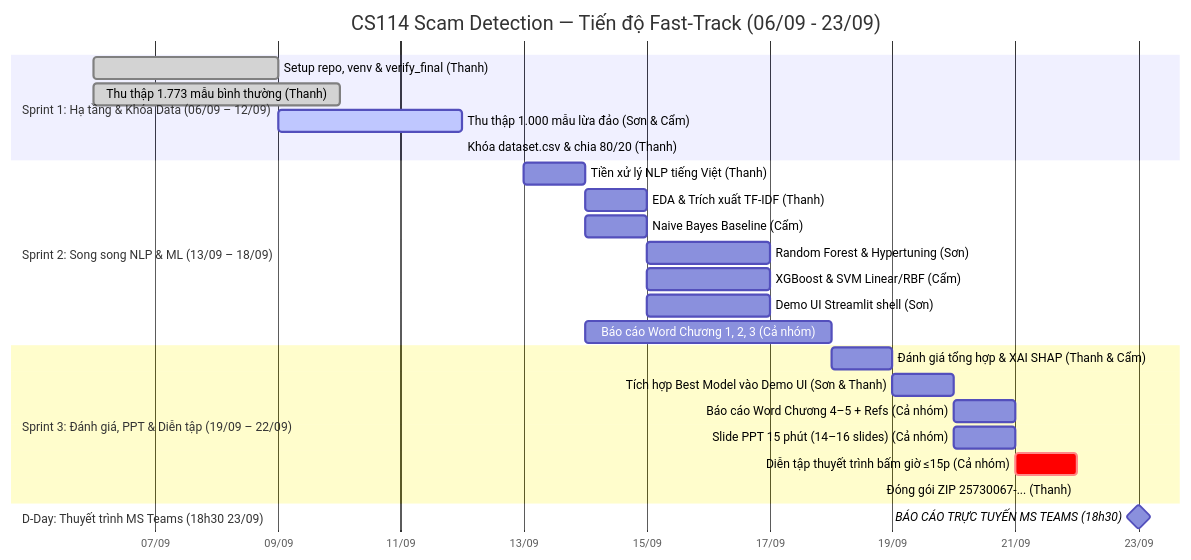
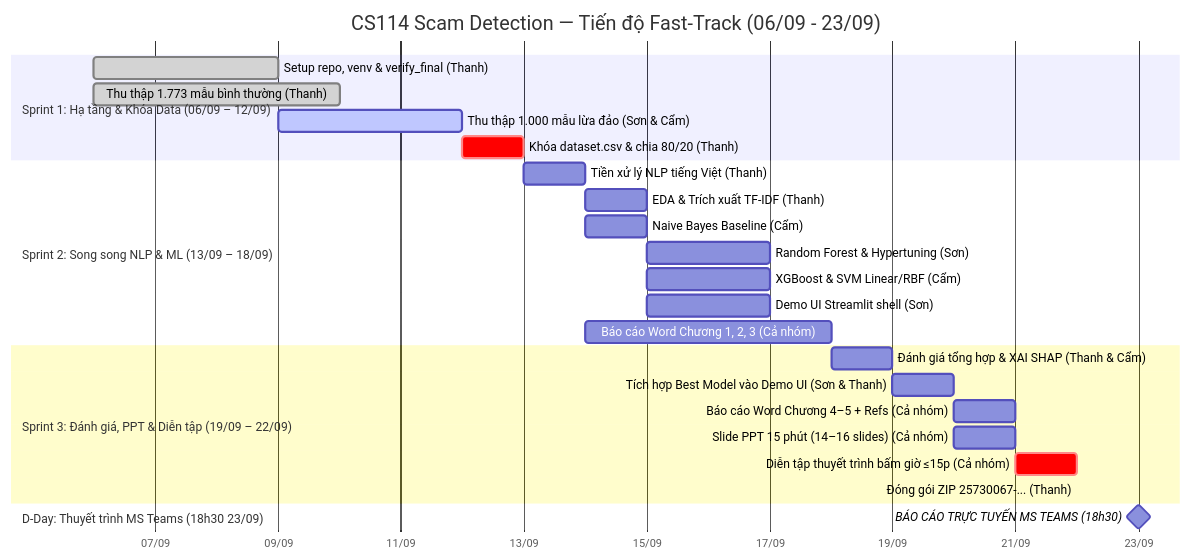
One commit to uit-25730067-chithanh/CS114-Team10-Elderly-Scam-Detection changed the diagram in draft/scam-detection/docs/project-roadmap.md. Above: the diagram before and after it, drawn with Mermaid. The commit also changed 3 other files, not shown here.

````diff
--- a/draft/scam-detection/docs/project-roadmap.md
+++ b/draft/scam-detection/docs/project-roadmap.md
@@ -14,33 +14,33 @@
 ```mermaid
 gantt
     title CS114 Scam Detection — Tiến độ Fast-Track (06/09 - 23/09)
     dateFormat  YYYY-MM-DD
     axisFormat  %d/%m
     tickInterval 2d
 
     section Sprint 1: Hạ tầng & Khóa Data (06/09 – 12/09)
     Setup repo, venv & verify_final (Thanh)        :done, s1_1, 2026-09-06, 2026-09-09
     Thu thập 1.773 mẫu bình thường (Thanh)         :done, s1_2, 2026-09-06, 2026-09-10
     Thu thập 1.000 mẫu lừa đảo (Sơn & Cẩm)         :active, s1_3, 2026-09-09, 2026-09-12
-    Khóa dataset.csv & chia 80/20 (Thanh)          :crit, s1_4, 2026-09-12, 2026-09-12
+    Khóa dataset.csv & chia 80/20 (Thanh)          :crit, s1_4, 2026-09-12, 1d
 
     section Sprint 2: Song song NLP & ML (13/09 – 18/09)
     Tiền xử lý NLP tiếng Việt (Thanh)              :s2_1, 2026-09-13, 2026-09-14
     EDA & Trích xuất TF-IDF (Thanh)                :s2_2, 2026-09-14, 2026-09-15
     Naive Bayes Baseline (Cẩm)                     :s2_3, 2026-09-14, 2026-09-15
     Random Forest & Hypertuning (Sơn)              :s2_4, 2026-09-15, 2026-09-17
     XGBoost & SVM Linear/RBF (Cẩm)                 :s2_5, 2026-09-15, 2026-09-17
     Demo UI Streamlit shell (Sơn)                  :s2_6, 2026-09-15, 2026-09-17
     Báo cáo Word Chương 1, 2, 3 (Cả nhóm)          :s2_7, 2026-09-14, 2026-09-18
 
     section Sprint 3: Đánh giá, PPT & Diễn tập (19/09 – 22/09)
     Đánh giá tổng hợp & XAI SHAP (Thanh & Cẩm)     :s3_1, 2026-09-18, 2026-09-19
     Tích hợp Best Model vào Demo UI (Sơn & Thanh)  :s3_2, 2026-09-19, 2026-09-20
     Báo cáo Word Chương 4–5 + Refs (Cả nhóm)       :s3_3, 2026-09-20, 2026-09-21
     Slide PPT 15 phút (14–16 slides) (Cả nhóm)     :s3_4, 2026-09-20, 2026-09-21
     Diễn tập thuyết trình bấm giờ ≤15p (Cả nhóm)   :crit, s3_5, 2026-09-21, 2026-09-22
     Đóng gói ZIP 25730067-... (Thanh)              :s3_6, 2026-09-22, 2026-09-22
 
     section D-Day: Thuyết trình MS Teams (18h30 23/09)
     BÁO CÁO TRỰC TUYẾN MS TEAMS (18h30)            :milestone, s3_7, 2026-09-23, 0d
 ```
````
